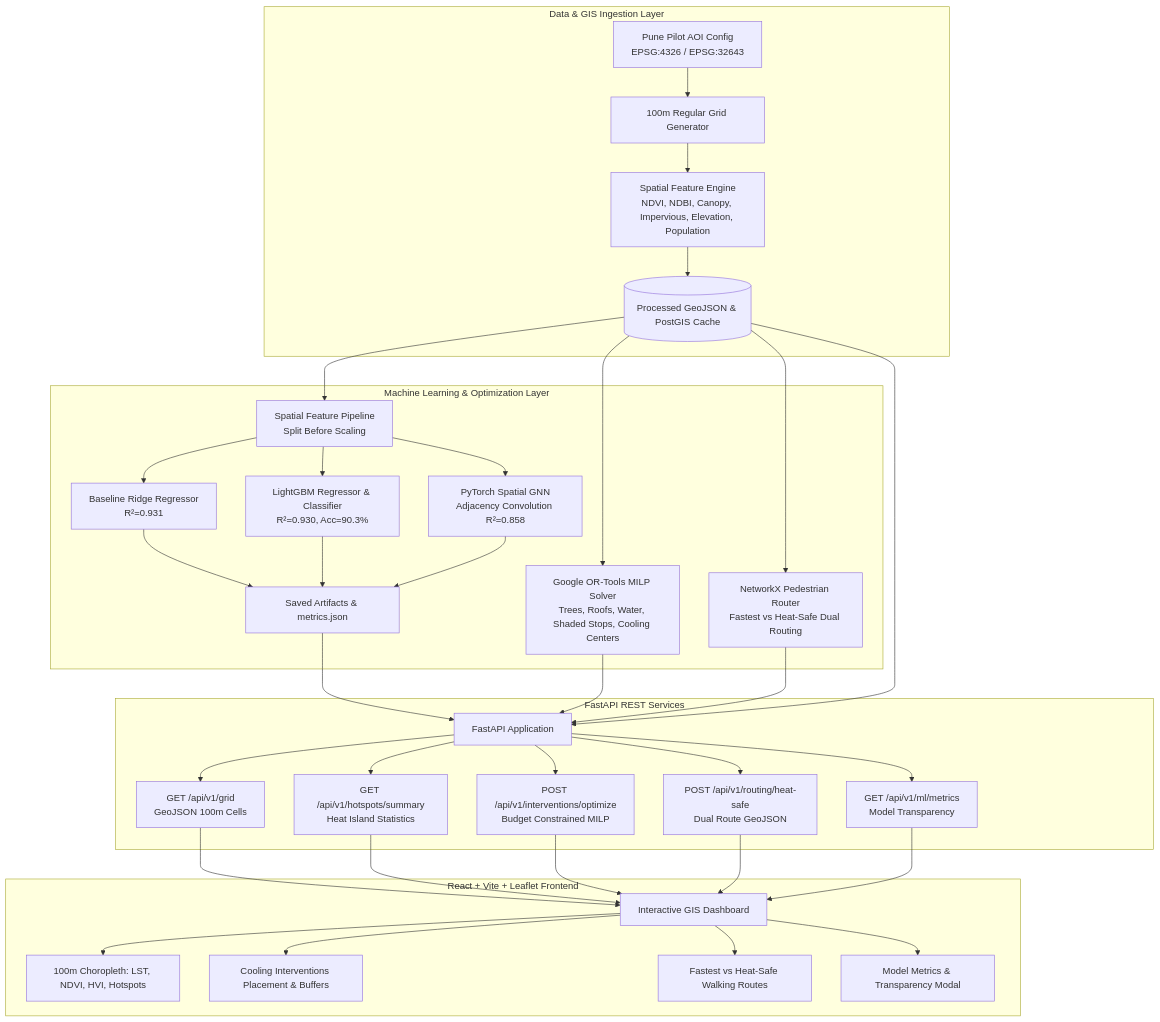
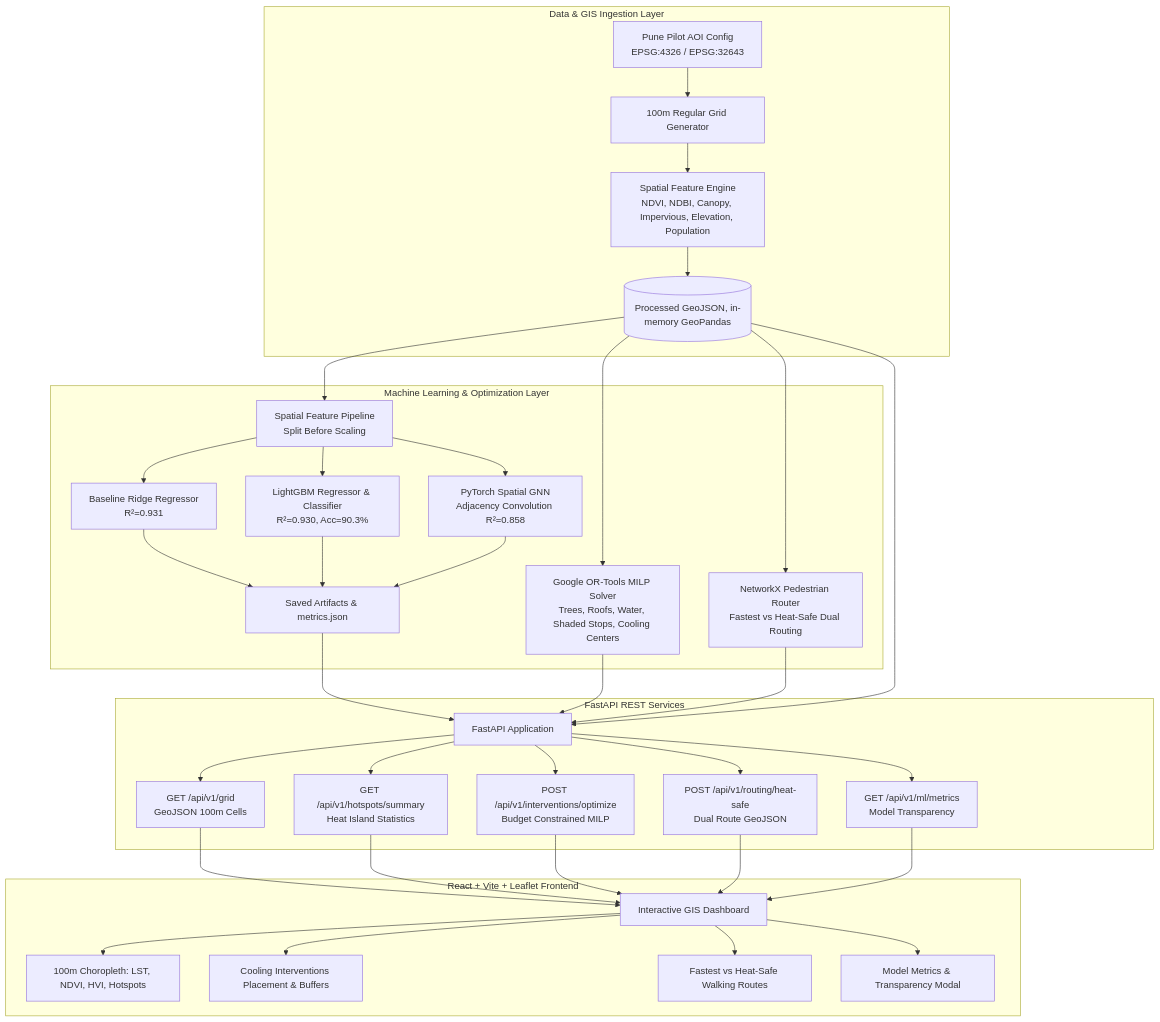
The diagram in docs/architecture.md (riddheshmorankar53-crypto/AI-Heat-Island-Detection-Cooling-Planner), drawn with Mermaid before and after one commit. The commit also changed other lines of this file and 8 other files, not shown here.

````diff
--- a/docs/architecture.md
+++ b/docs/architecture.md
@@ -7,36 +7,36 @@
 ```mermaid
 flowchart TD
     subgraph DataLayer["Data & GIS Ingestion Layer"]
         A[Pune Pilot AOI Config\nEPSG:4326 / EPSG:32643] --> B[100m Regular Grid Generator]
         B --> C[Spatial Feature Engine\nNDVI, NDBI, Canopy, Impervious, Elevation, Population]
-        C --> D[(Processed GeoJSON & PostGIS Cache)]
+        C --> D[(Processed GeoJSON, in-memory GeoPandas)]
     end
 
     subgraph MLLayer["Machine Learning & Optimization Layer"]
         D --> E[Spatial Feature Pipeline\nSplit Before Scaling]
         E --> F1[Baseline Ridge Regressor\nR²=0.931]
         E --> F2[LightGBM Regressor & Classifier\nR²=0.930, Acc=90.3%]
         E --> F3[PyTorch Spatial GNN\nAdjacency Convolution R²=0.858]
         F1 & F2 & F3 --> G[Saved Artifacts & metrics.json]
 
         D --> H[Google OR-Tools MILP Solver\nTrees, Roofs, Water, Shaded Stops, Cooling Centers]
         D --> I[NetworkX Pedestrian Router\nFastest vs Heat-Safe Dual Routing]
     end
 
     subgraph BackendLayer["FastAPI REST Services"]
         G & H & I & D --> J[FastAPI Application]
         J --> K1["GET /api/v1/grid\nGeoJSON 100m Cells"]
         J --> K2["GET /api/v1/hotspots/summary\nHeat Island Statistics"]
         J --> K3["POST /api/v1/interventions/optimize\nBudget Constrained MILP"]
         J --> K4["POST /api/v1/routing/heat-safe\nDual Route GeoJSON"]
         J --> K5["GET /api/v1/ml/metrics\nModel Transparency"]
     end
 
     subgraph FrontendLayer["React + Vite + Leaflet Frontend"]
         K1 & K2 & K3 & K4 & K5 --> L[Interactive GIS Dashboard]
         L --> M1[100m Choropleth: LST, NDVI, HVI, Hotspots]
         L --> M2[Cooling Interventions Placement & Buffers]
         L --> M3[Fastest vs Heat-Safe Walking Routes]
         L --> M4[Model Metrics & Transparency Modal]
     end
 ```
````
